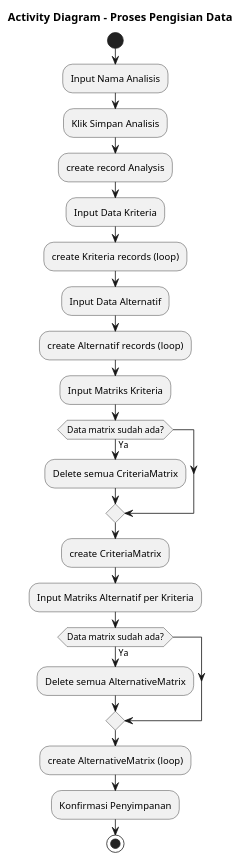
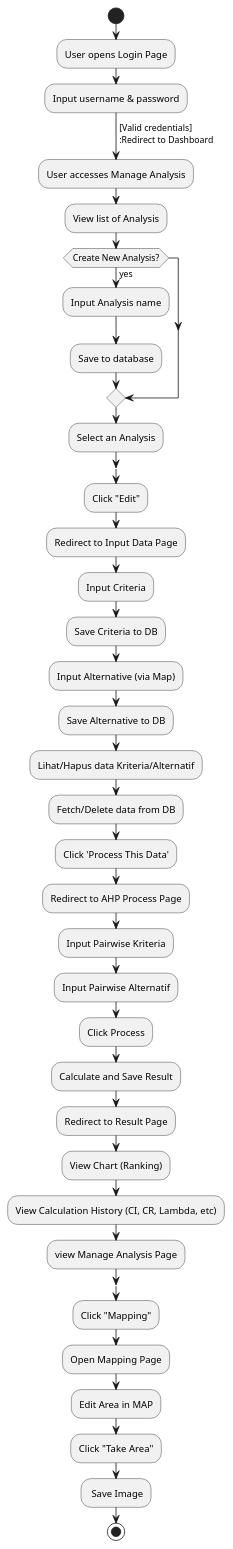
Before and after one commit to ren-zi-fa/spk-ahp-gis: the diagram in diagram/activity.puml, drawn with PlantUML. The commit also changed 22 other files, not shown here.

```diff
--- a/diagram/activity.puml
+++ b/diagram/activity.puml
@@ -1,30 +1,51 @@
 @startuml
-title Activity Diagram - Proses Pengisian Data
-
 start
 
-:Input Nama Analisis;
-:Klik Simpan Analisis;
-:create record Analysis;
+:User opens Login Page;
+:Input username & password;
+-> [Valid credentials]
+:Redirect to Dashboard;
 
-:Input Data Kriteria;
-:create Kriteria records (loop);
+:User accesses Manage Analysis;
+:View list of Analysis;
+if (Create New Analysis?) then (yes)
+  :Input Analysis name;
+  :Save to database;
+endif
 
-:Input Data Alternatif;
-:create Alternatif records (loop);
+:Select an Analysis;
+split
+  :Click "Edit";
+  :Redirect to Input Data Page;
 
-:Input Matriks Kriteria;
-if (Data matrix sudah ada?) then (Ya)
-  :Delete semua CriteriaMatrix;
-endif
-:create CriteriaMatrix;
+  :Input Criteria;
+  :Save Criteria to DB;
 
-:Input Matriks Alternatif per Kriteria;
-if (Data matrix sudah ada?) then (Ya)
-  :Delete semua AlternativeMatrix;
-endif
-:create AlternativeMatrix (loop);
+  :Input Alternative (via Map);
+  :Save Alternative to DB;
 
-:Konfirmasi Penyimpanan;
+  :Lihat/Hapus data Kriteria/Alternatif;
+  :Fetch/Delete data from DB;
+
+  :Click 'Process This Data';
+  :Redirect to AHP Process Page;
+
+  :Input Pairwise Kriteria;
+  :Input Pairwise Alternatif;
+  :Click Process;
+  :Calculate and Save Result;
+
+  :Redirect to Result Page;
+  :View Chart (Ranking);
+  :View Calculation History (CI, CR, Lambda, etc);
+  :view Manage Analysis Page;
+endsplit
+
+  :Click "Mapping";
+  :Open Mapping Page;
+  :Edit Area in MAP;
+  :Click "Take Area";
+  : Save Image;
+
 stop
 @enduml
```
